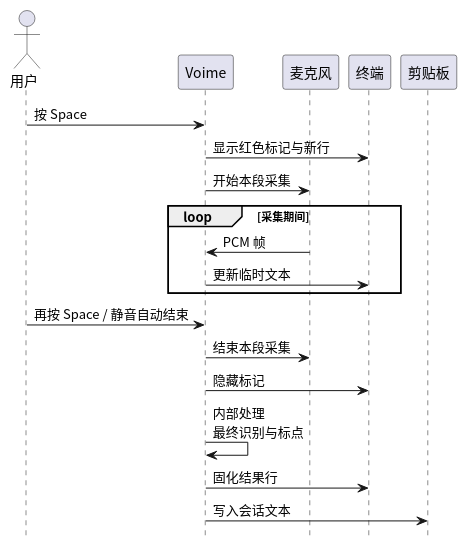
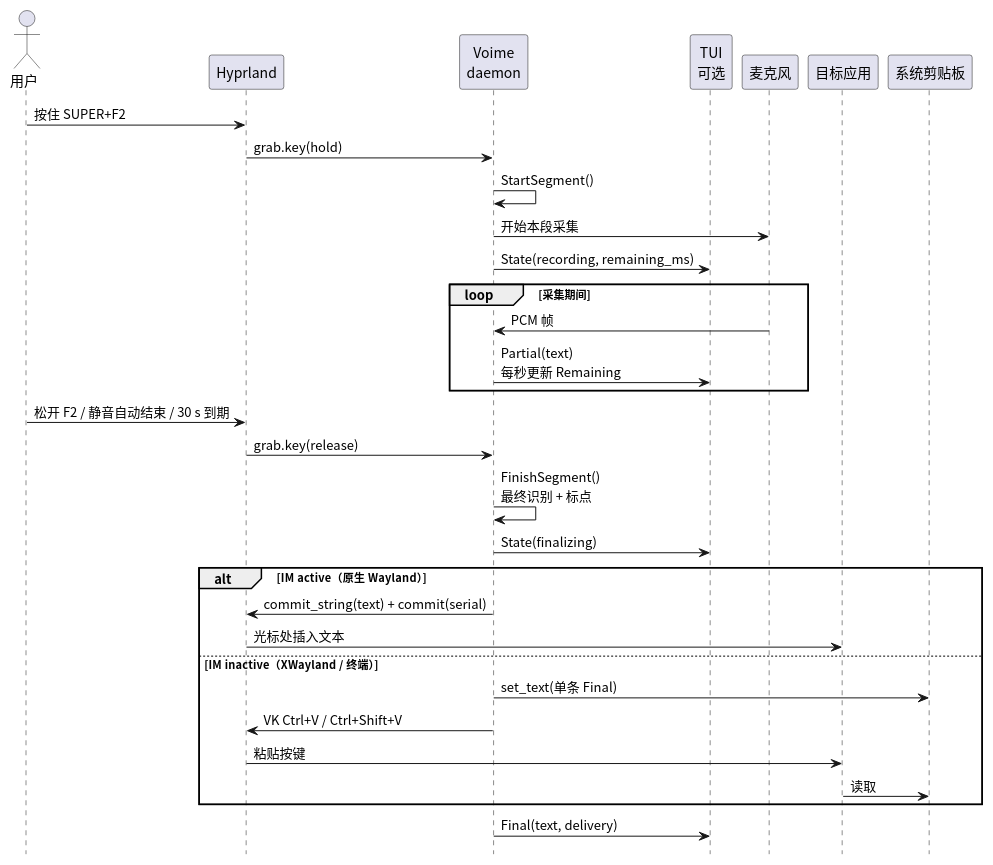
The diagram in diagram/seq-ptt.puml (54m43lJ/voime), drawn with PlantUML before and after one commit. The commit also changed 33 other files, not shown here.

```diff
--- a/diagram/seq-ptt.puml
+++ b/diagram/seq-ptt.puml
@@ -1,25 +1,39 @@
 @startuml
 skinparam defaultFontName "Noto Sans CJK SC"
 skinparam shadowing false
 hide footbox
 
 actor "用户" as User
-participant "Voime" as App
+participant "Hyprland" as Compositor
+participant "Voime\ndaemon" as Voime
+participant "TUI\n可选" as Tui
 participant "麦克风" as Mic
-participant "终端" as Term
-participant "剪贴板" as Clip
+participant "目标应用" as App
+participant "系统剪贴板" as Clip
 
-User -> App : 按 Space
-App -> Term : 显示红色标记与新行
-App -> Mic : 开始本段采集
+User -> Compositor : 按住 SUPER+F2
+Compositor -> Voime : grab.key(hold)
+Voime -> Voime : StartSegment()
+Voime -> Mic : 开始本段采集
+Voime -> Tui : State(recording, remaining_ms)
 loop 采集期间
-  Mic -> App : PCM 帧
-  App -> Term : 更新临时文本
+  Mic -> Voime : PCM 帧
+  Voime -> Tui : Partial(text)\n每秒更新 Remaining
 end
-User -> App : 再按 Space / 静音自动结束
-App -> Mic : 结束本段采集
-App -> Term : 隐藏标记
-App -> App : 内部处理\n最终识别与标点
-App -> Term : 固化结果行
-App -> Clip : 写入会话文本
+User -> Compositor : 松开 F2 / 静音自动结束 / 30 s 到期
+Compositor -> Voime : grab.key(release)
+Voime -> Voime : FinishSegment()\n最终识别 + 标点
+Voime -> Tui : State(finalizing)
+
+alt IM active（原生 Wayland）
+  Voime -> Compositor : commit_string(text) + commit(serial)
+  Compositor -> App : 光标处插入文本
+else IM inactive（XWayland / 终端）
+  Voime -> Clip : set_text(单条 Final)
+  Voime -> Compositor : VK Ctrl+V / Ctrl+Shift+V
+  Compositor -> App : 粘贴按键
+  App -> Clip : 读取
+end
+
+Voime -> Tui : Final(text, delivery)
 @enduml
```
